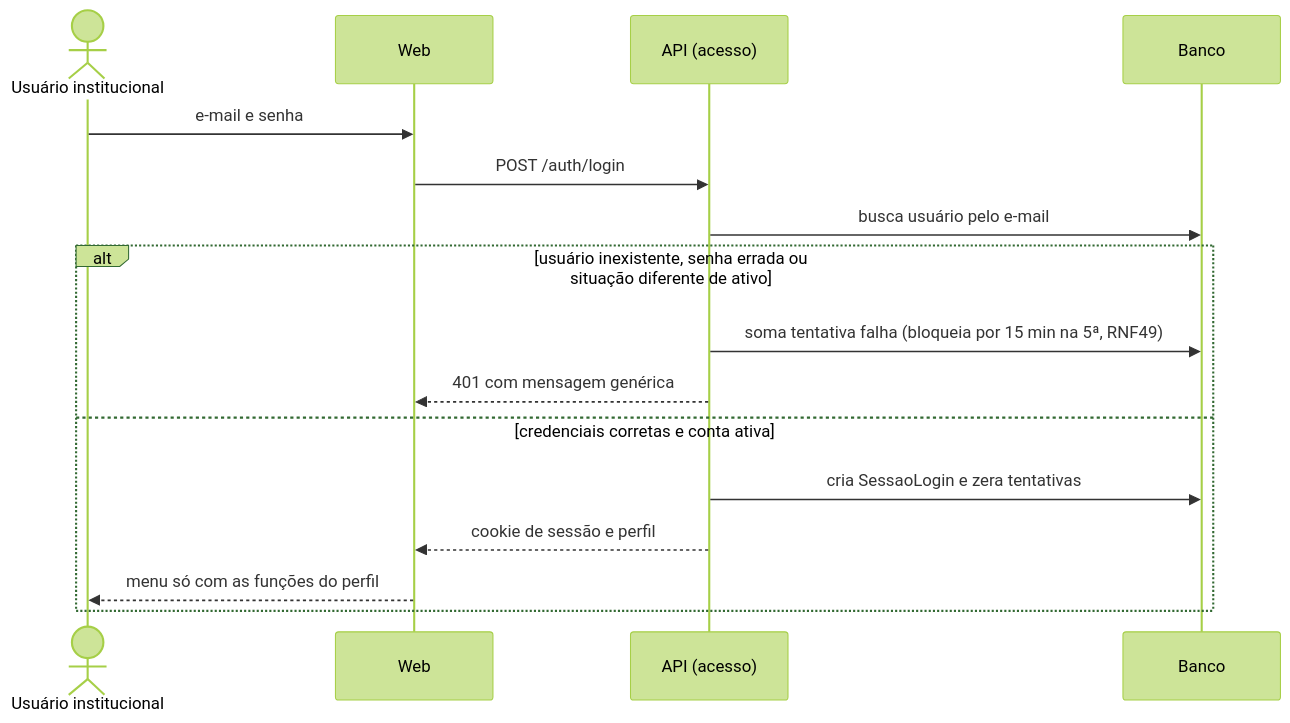
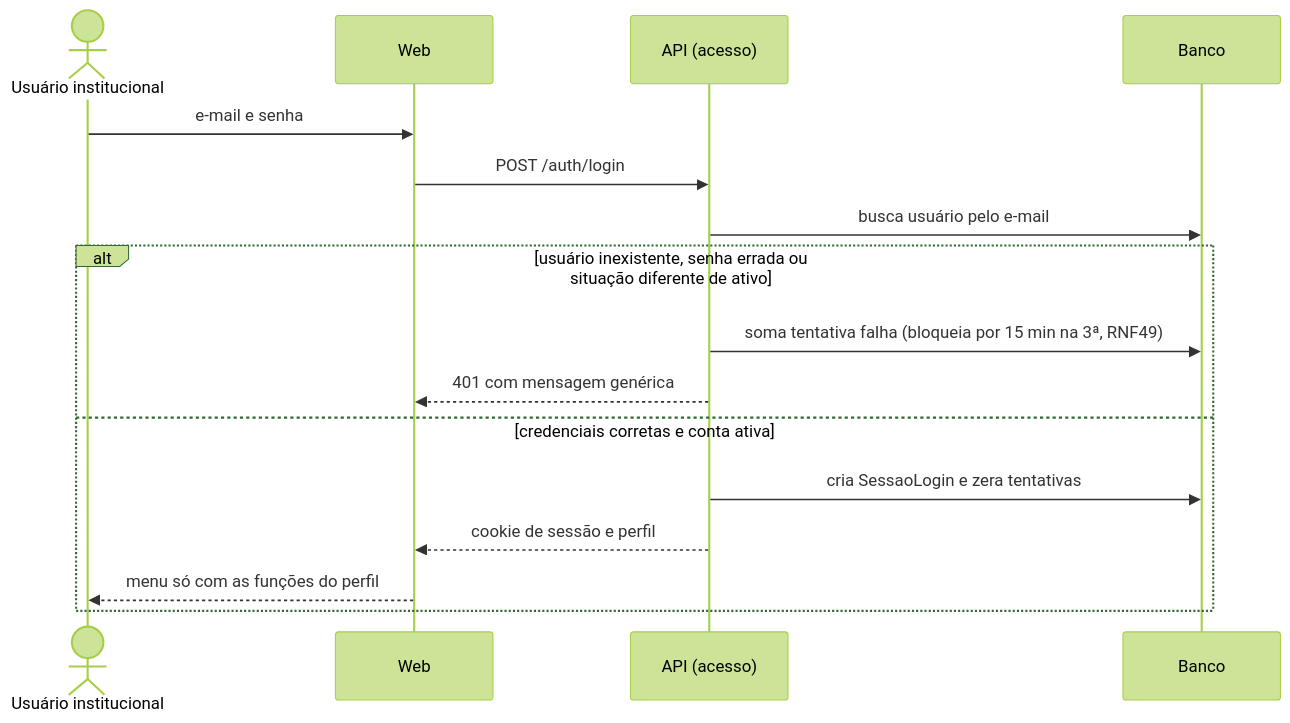
One commit to mdsreq-fga-unb/REQ-2026.2-T02-ClinicaEscolaFBr changed the second of 13 diagrams in documentacao/docs/unidade-3/projeto-features-ciclo-3.md. Above: the diagram before and after it, drawn with Mermaid (forest theme). The commit also changed other lines of this file and 16 other files, not shown here.

````diff
--- a/documentacao/docs/unidade-3/projeto-features-ciclo-3.md
+++ b/documentacao/docs/unidade-3/projeto-features-ciclo-3.md
@@ -167,18 +163,18 @@
 ```mermaid
 sequenceDiagram
     actor U as Usuário institucional
     participant W as Web
     participant A as API (acesso)
     participant DB as Banco
     U->>W: e-mail e senha
     W->>A: POST /auth/login
     A->>DB: busca usuário pelo e-mail
     alt usuário inexistente, senha errada ou situação diferente de ativo
-        A->>DB: soma tentativa falha (bloqueia por 15 min na 5ª, RNF49)
+        A->>DB: soma tentativa falha (bloqueia por 15 min na 3ª, RNF49)
         A-->>W: 401 com mensagem genérica
     else credenciais corretas e conta ativa
         A->>DB: cria SessaoLogin e zera tentativas
         A-->>W: cookie de sessão e perfil
         W-->>U: menu só com as funções do perfil
     end
 ```
````
